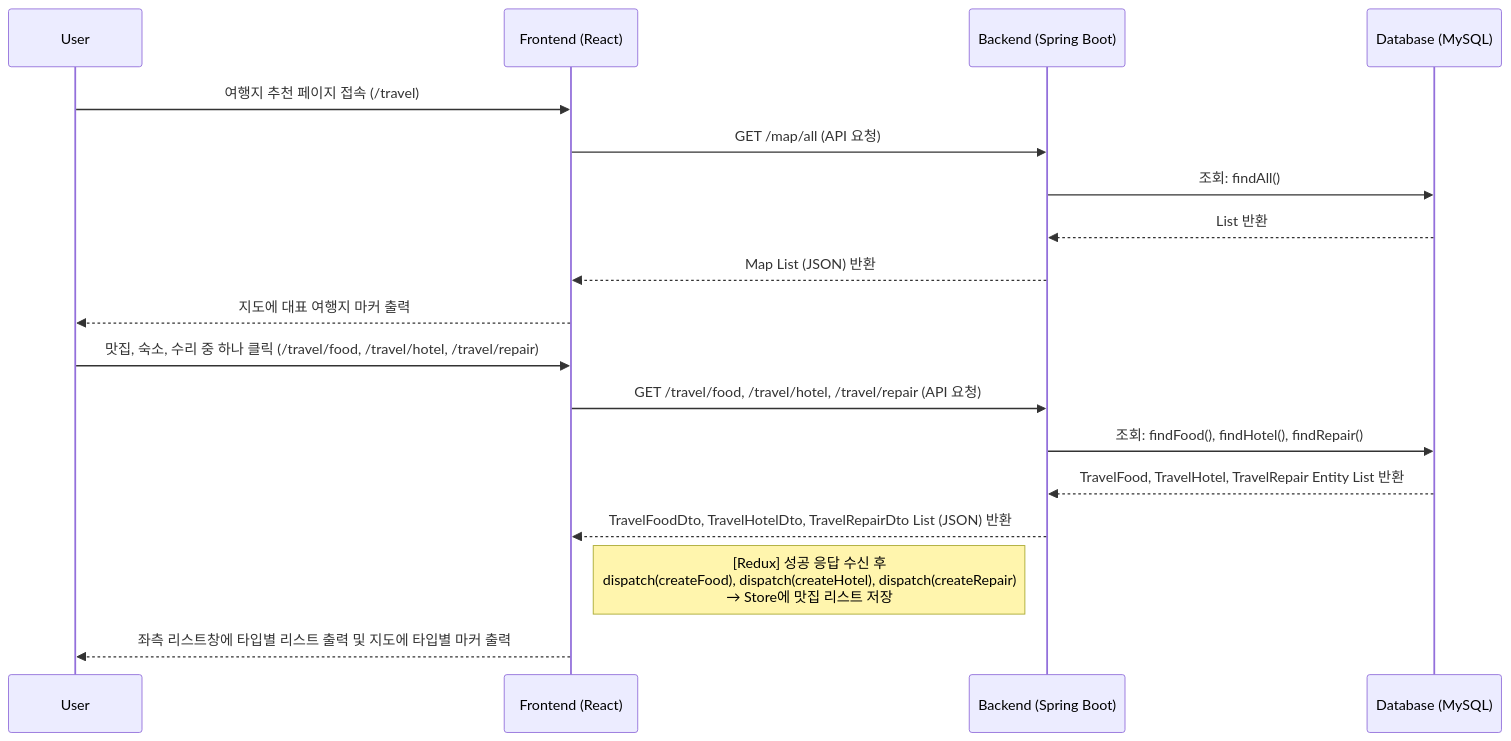
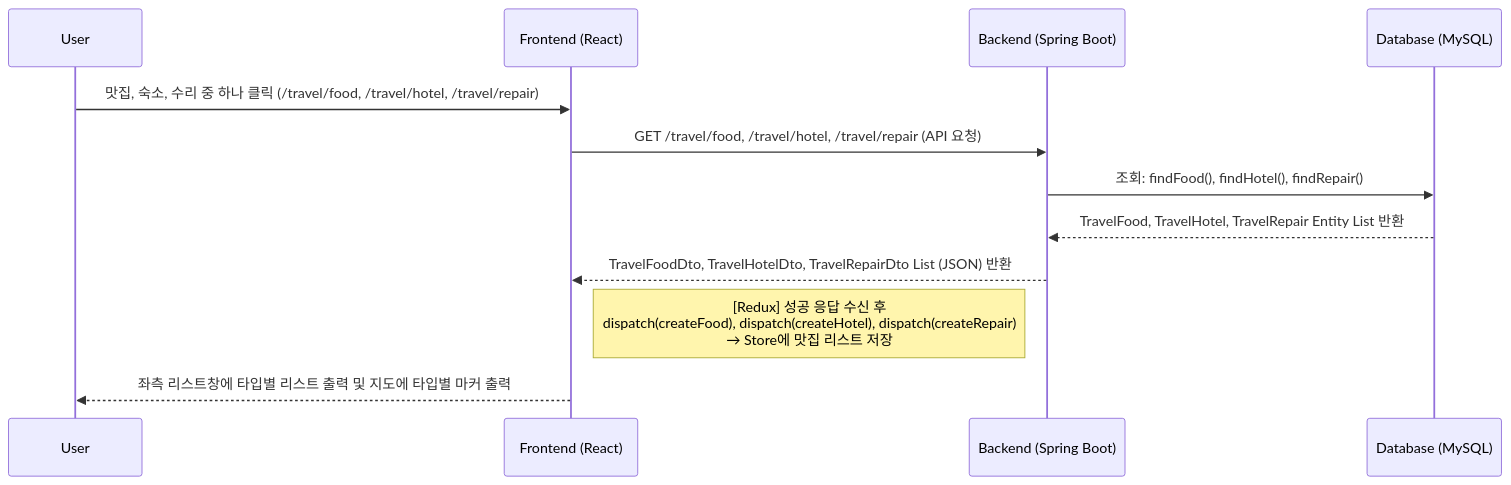
Before and after one commit to SUNGJISUCK95/teamproject: the second of 7 diagrams in bicycle-app/frontend/Travel.md, drawn with Mermaid. The commit also changed other lines of this file, not shown here.

````diff
--- a/bicycle-app/frontend/Travel.md
+++ b/bicycle-app/frontend/Travel.md
@@ -2,26 +20,18 @@
 ```mermaid
 sequenceDiagram
     participant User
     participant Frontend as Frontend (React)
     participant Backend as Backend (Spring Boot)
     participant DB as Database (MySQL)
-
-    %% 1. 대표 여행지 마커 출력
-    User->>Frontend: 여행지 추천 페이지 접속 (/travel)
-    Frontend->>Backend: GET /map/all (API 요청)
-    Backend->>DB: 조회: findAll()
-    DB-->>Backend: List 반환
-    Backend-->>Frontend: Map List (JSON) 반환    
-    Frontend-->>User: 지도에 대표 여행지 마커 출력
     
     %% 2. 타입별 리스트 및 마커 출력
     User->>Frontend: 맛집, 숙소, 수리 중 하나 클릭 (/travel/food, /travel/hotel, /travel/repair)
     Frontend->>Backend: GET /travel/food, /travel/hotel, /travel/repair (API 요청)
     Backend->>DB: 조회: findFood(), findHotel(), findRepair()
     DB-->>Backend: TravelFood, TravelHotel, TravelRepair Entity List 반환
     Backend-->>Frontend: TravelFoodDto, TravelHotelDto, TravelRepairDto List (JSON) 반환    
     
     Note right of Frontend: [Redux] 성공 응답 수신 후<br/>dispatch(createFood), dispatch(createHotel), dispatch(createRepair)<br/>→ Store에 맛집 리스트 저장
     
     Frontend-->>User: 좌측 리스트창에 타입별 리스트 출력 및 지도에 타입별 마커 출력
 ```
````
